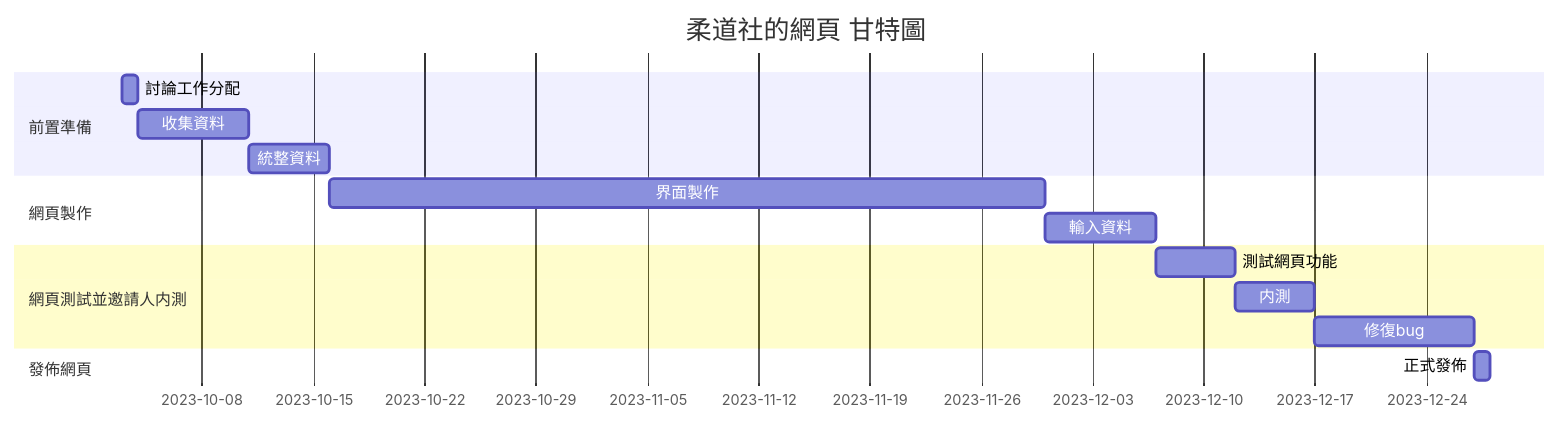
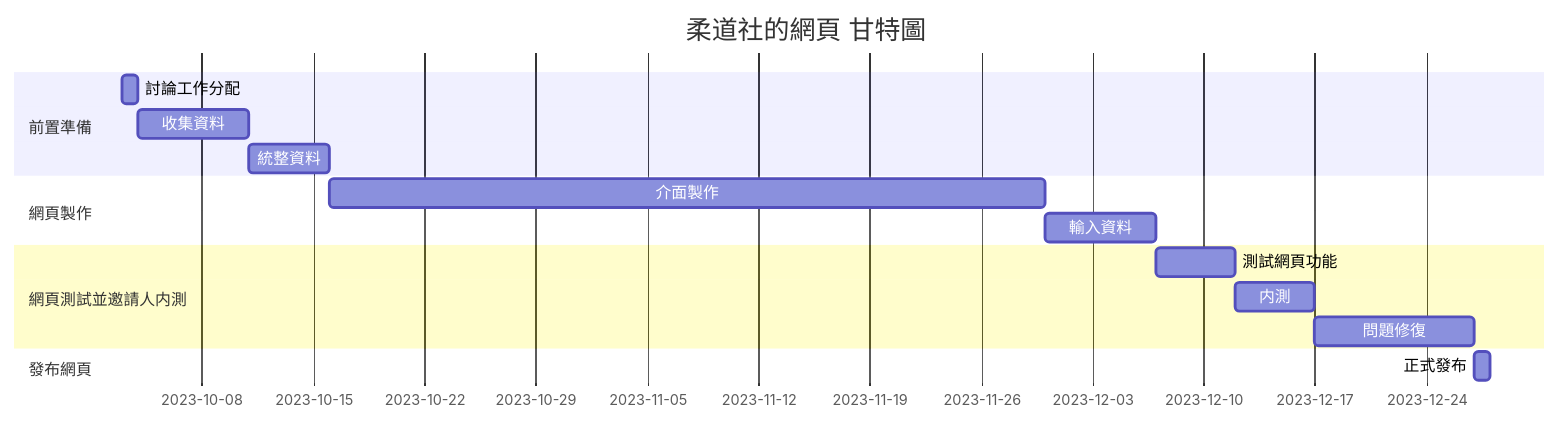
The diagram in README.md (azsx1674/SAaDT), drawn with Mermaid before and after one commit. The commit also changed other lines of this file, not shown here.

````diff
--- a/README.md
+++ b/README.md
@@ -23,18 +23,18 @@
 ```mermaid
 gantt
     title 柔道社的網頁 甘特圖
     dateFormat  YYYY-MM-DD
     section 前置準備
     討論工作分配           :a1, 2023-10-03, 1d
     收集資料     :a2, after a1  , 7d
     統整資料     :a3, after a2  , 5d
     section 網頁製作
-    界面製作     :a4, after a3  , 45d
+    介面製作     :a4, after a3  , 45d
     輸入資料      :a5, after a4  , 7d
     section 網頁測試並邀請人内測
     測試網頁功能      :a6, after a5  , 5d
     内測        :a7, after a6, 5d
-    修復bug      :a8, after a7, 10d
-    section 發佈網頁
-    正式發佈     :a9, after a8, 1d
+    問題修復      :a8, after a7, 10d
+    section 發布網頁
+    正式發布     :a9, after a8, 1d
 ```
````
